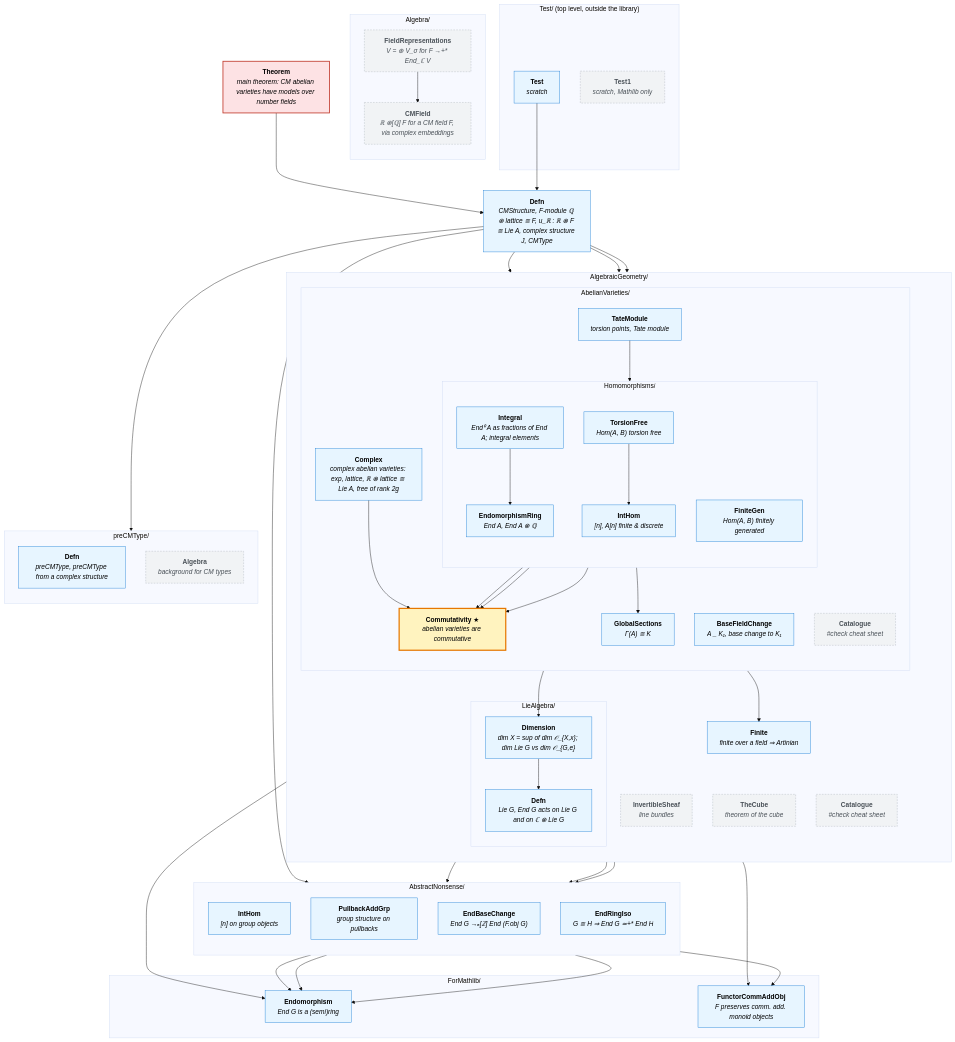
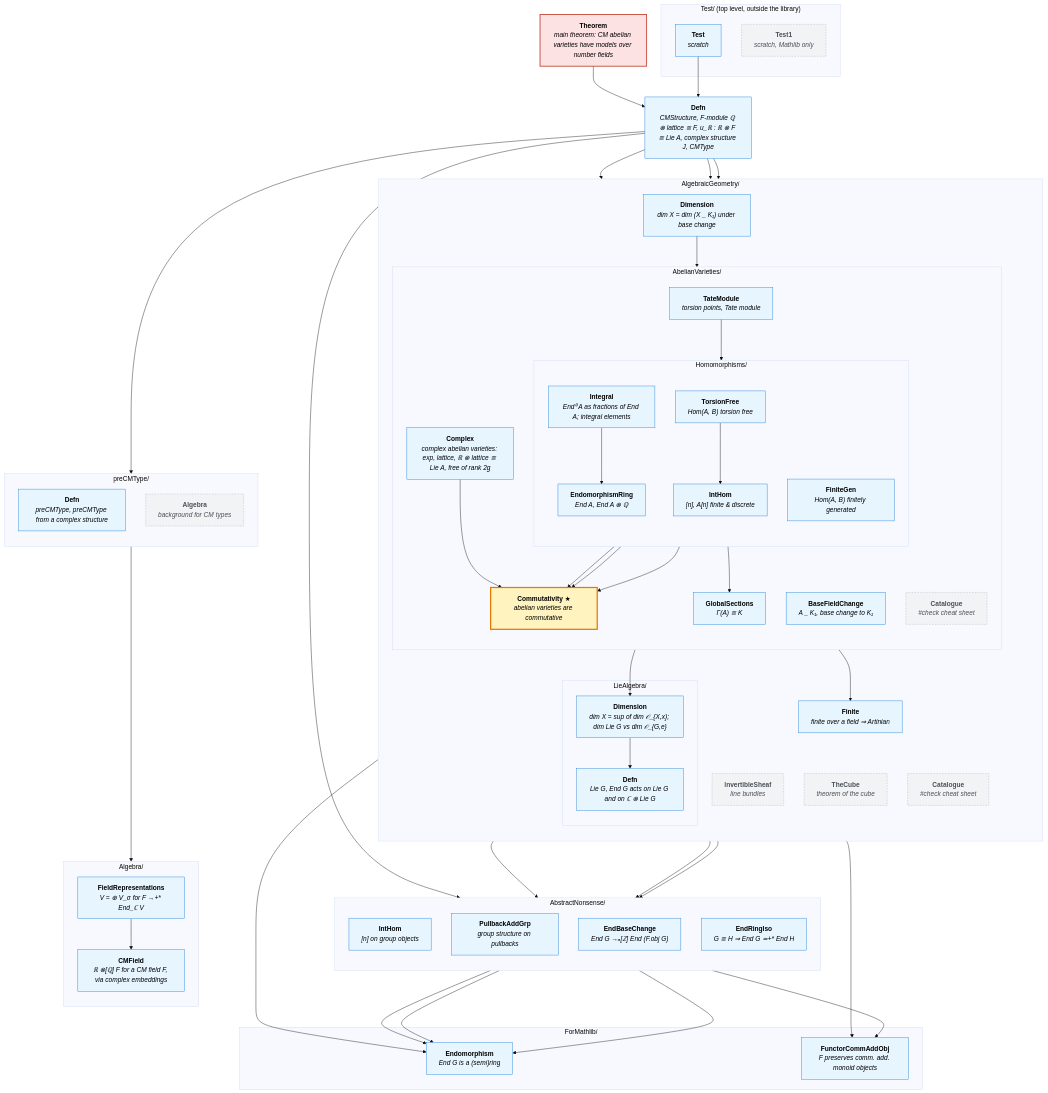
One commit to abhijitaj1997/CMAbelianVarieties changed the diagram in MindMap.md. Above: the diagram before and after it, drawn with Mermaid (base theme). The commit also changed 4 other files, not shown here.

````diff
--- a/MindMap.md
+++ b/MindMap.md
@@ -27,6 +27,7 @@
     Finite["<b>Finite</b><br/><i>finite over a field ⇒ Artinian</i>"]
     InvertibleSheaf["<b>InvertibleSheaf</b><br/><i>line bundles</i>"]
     TheCube["<b>TheCube</b><br/><i>theorem of the cube</i>"]
+    AGDimension["<b>Dimension</b><br/><i>dim X = dim (X _ K₁) under base change</i>"]
     subgraph LIE["LieAlgebra/"]
       LieAlgebra["<b>Defn</b><br/><i>Lie G, End G acts on Lie G and on ℂ ⊗ Lie G</i>"]
       Dimension["<b>Dimension</b><br/><i>dim X = sup of dim 𝒪_{X,x}; dim Lie G vs dim 𝒪_{G,e}</i>"]
@@ -81,7 +82,8 @@
   Theorem --> Defn
   Defn --> EndomorphismRing
   Defn --> CMDefn
-  Defn --> BaseFieldChange
+  Defn --> AGDimension
+  AGDimension --> BaseFieldChange
   Defn --> EndBaseChange
   Defn --> Complex
   BaseFieldChange --> FunctorCommAddObj
@@ -105,6 +107,7 @@
   LieAlgebra --> Endomorphism
   Dimension --> LieAlgebra
   FieldRepresentations --> CMField
+  CMDefn --> CMField
   Test --> Defn
 
   %% ---------- colours ----------
@@ -115,6 +118,6 @@
 
   class Theorem goal
   class Commutativity hub
-  class EndomorphismRing,FiniteGen,IntHomAV,Complex,TorsionFree,TateModule,GlobalSections,IntHomAN,PullbackAddGrp,Finite,Endomorphism,LieAlgebra,CMDefn,Test,BaseFieldChange,EndBaseChange,FunctorCommAddObj,Defn,EndRingIso,Dimension,Integral connected
-  class AVCatalogue,InvertibleSheaf,TheCube,AGCatalogue,CMAlgebra,CMField,FieldRepresentations,Test1 unused
+  class EndomorphismRing,FiniteGen,IntHomAV,Complex,TorsionFree,TateModule,GlobalSections,IntHomAN,PullbackAddGrp,Finite,Endomorphism,LieAlgebra,CMDefn,Test,BaseFieldChange,EndBaseChange,FunctorCommAddObj,Defn,EndRingIso,Dimension,Integral,AGDimension,CMField,FieldRepresentations connected
+  class AVCatalogue,InvertibleSheaf,TheCube,AGCatalogue,CMAlgebra,Test1 unused
 ```
````
